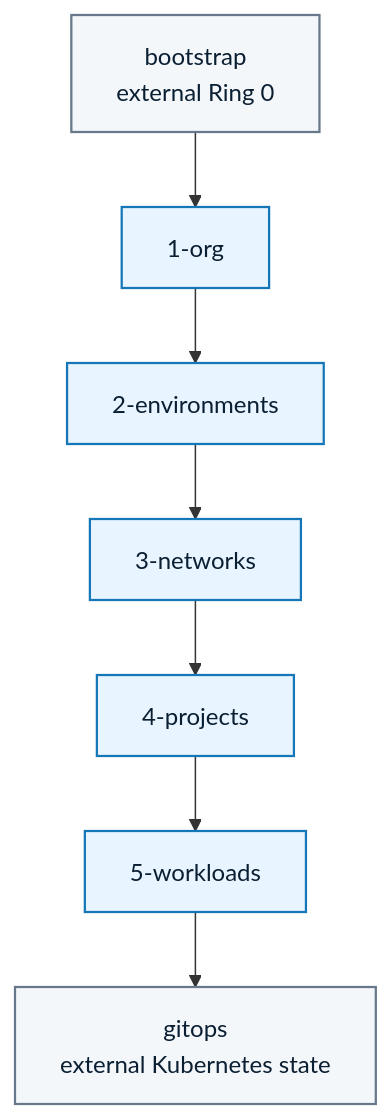
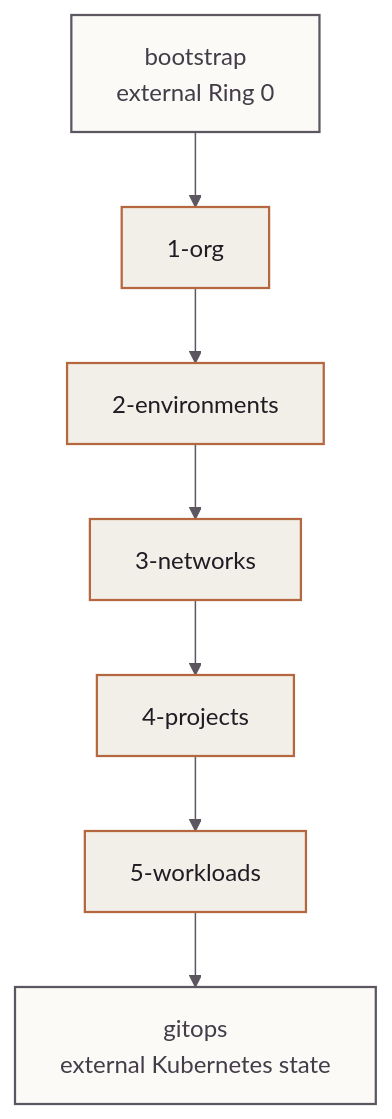
Before and after one commit to mindclade/infrastructure-live-old: the diagram in docs/dependency-graph.md, drawn with Mermaid. The commit also changed 51 other files, not shown here.

````diff
--- a/docs/dependency-graph.md
+++ b/docs/dependency-graph.md
@@ -11,14 +11,15 @@
 ```mermaid
+%%{init: {"theme":"base","themeVariables":{"primaryColor":"#F2EFE8","primaryTextColor":"#201C24","primaryBorderColor":"#B5673F","secondaryColor":"#FBFAF7","tertiaryColor":"#FBFAF7","lineColor":"#5B5660","edgeLabelBackground":"#FBFAF7","clusterBkg":"#FBFAF7","clusterBorder":"#E2DED4"}}}%%
 flowchart TD
     B["bootstrap<br/>external Ring 0"] --> L1["1-org"]
     L1 --> L2["2-environments"]
     L2 --> L3["3-networks"]
     L3 --> L4["4-projects"]
     L4 --> L5["5-workloads"]
     L5 --> G["gitops<br/>external Kubernetes state"]
 
-    classDef managed fill:#e8f4ff,color:#0b1f33,stroke:#1677b8,stroke-width:1.5px;
-    classDef external fill:#f4f7fa,color:#0b1f33,stroke:#66788a,stroke-width:1.5px;
+    classDef managed fill:#F2EFE8,color:#201C24,stroke:#B5673F,stroke-width:1.5px;
+    classDef external fill:#FBFAF7,color:#423D48,stroke:#5B5660,stroke-width:1.5px;
     class L1,L2,L3,L4,L5 managed;
     class B,G external;
 ```
````
